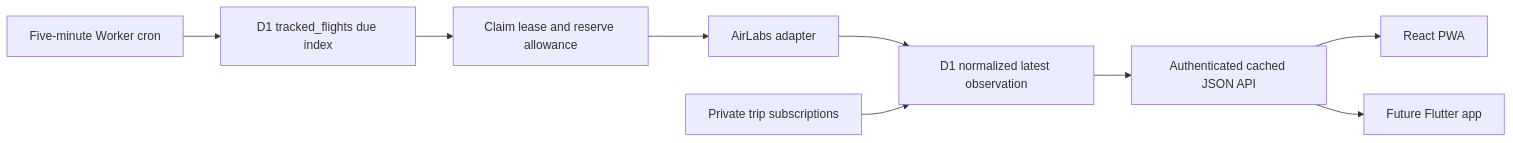
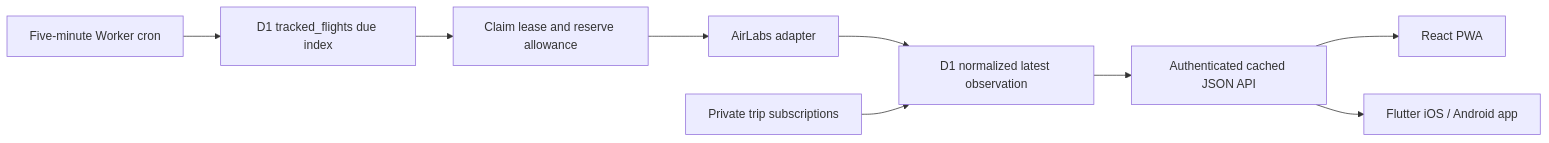
The second of 2 diagrams in DESIGN.md (maniksurtani/rephase), drawn with Mermaid before and after one commit. The commit also changed other lines of this file and 9 other files, not shown here.

````diff
--- a/DESIGN.md
+++ b/DESIGN.md
@@ -111,11 +111,11 @@
 ```mermaid
 flowchart LR
   Cron[Five-minute Worker cron] --> Due[D1 tracked_flights due index]
   Due --> Poll[Claim lease and reserve allowance]
   Poll --> AirLabs[AirLabs adapter]
   AirLabs --> Shared[D1 normalized latest observation]
   Accounts[Private trip subscriptions] --> Shared
   Shared --> API[Authenticated cached JSON API]
   API --> Web[React PWA]
-  API --> Native[Future Flutter app]
+  API --> Native[Flutter iOS / Android app]
 ```
````
